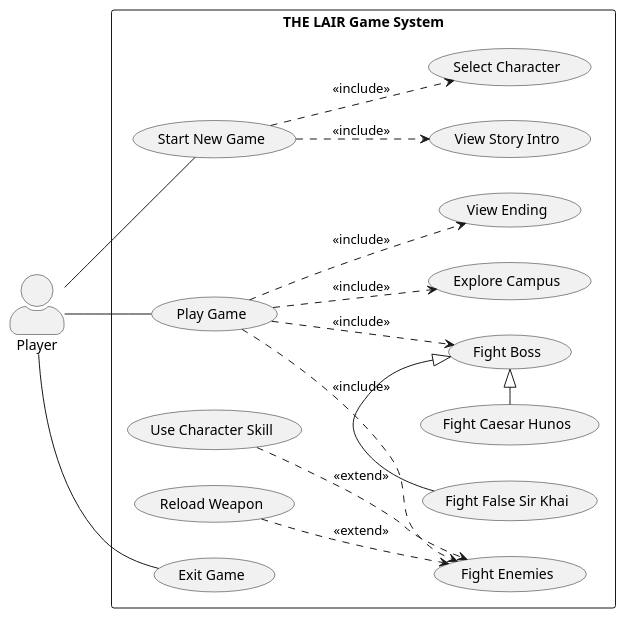
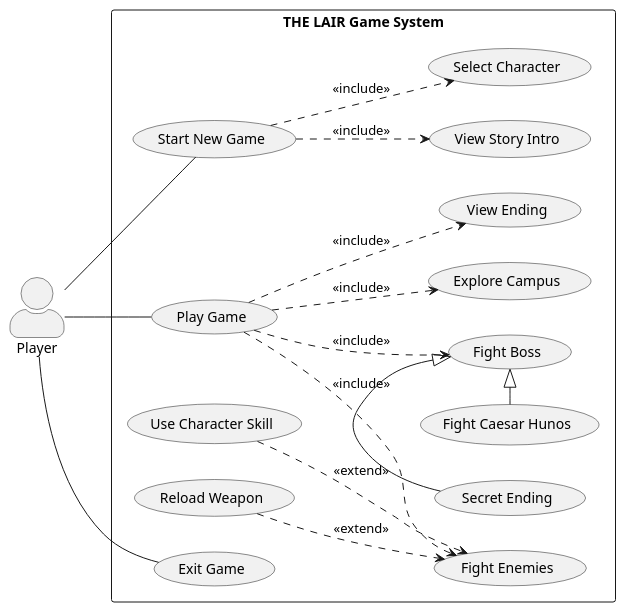
One commit to x1ren/Lair---FinalOOP-project changed the diagram in docs/use-case-diagram.puml. Above: the diagram before and after it, drawn with PlantUML. The commit also changed 6 other files, not shown here.

```diff
--- a/docs/use-case-diagram.puml
+++ b/docs/use-case-diagram.puml
@@ -1,42 +1,42 @@
 @startuml
 left to right direction
 skinparam packageStyle rectangle
 skinparam actorStyle awesome
 
 actor Player
 
 rectangle "THE LAIR Game System" {
   usecase "Start New Game" as UC_Start
   usecase "View Story Intro" as UC_Intro
   usecase "Select Character" as UC_SelectCharacter
   usecase "Play Game" as UC_Play
   usecase "Explore Campus" as UC_Explore
   usecase "Fight Enemies" as UC_FightEnemies
   usecase "Fight Boss" as UC_FightBoss
   usecase "Fight Caesar Hunos" as UC_Caesar
-  usecase "Fight False Sir Khai" as UC_Khai
+  usecase "Secret Ending" as UC_Khai
   usecase "Use Character Skill" as UC_Skill
   usecase "Reload Weapon" as UC_Reload
   usecase "View Ending" as UC_Ending
   usecase "Exit Game" as UC_Exit
 }
 
 Player -- UC_Start
 Player -- UC_Play
 Player -- UC_Exit
 
 UC_Start ..> UC_Intro : <<include>>
 UC_Start ..> UC_SelectCharacter : <<include>>
 
 UC_Play ..> UC_Explore : <<include>>
 UC_Play ..> UC_FightEnemies : <<include>>
 UC_Play ..> UC_FightBoss : <<include>>
 UC_Play ..> UC_Ending : <<include>>
 
 UC_Skill ..> UC_FightEnemies : <<extend>>
 UC_Reload ..> UC_FightEnemies : <<extend>>
 
 UC_Caesar -|> UC_FightBoss
 UC_Khai -|> UC_FightBoss
 
 @enduml
```
